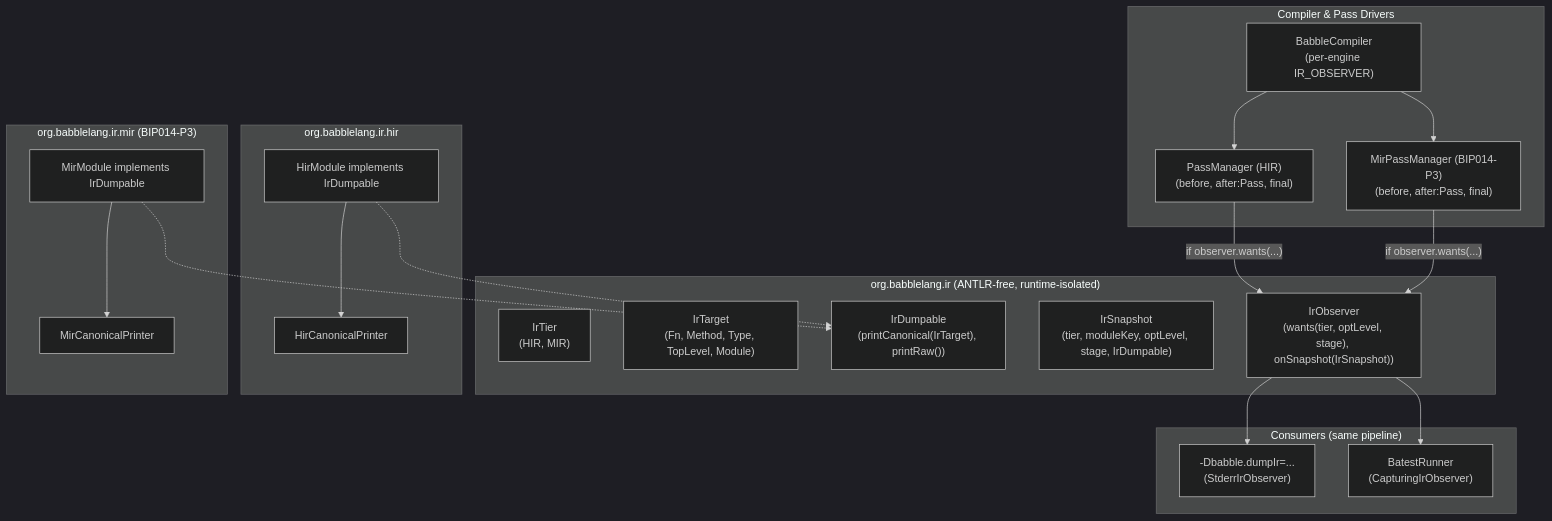
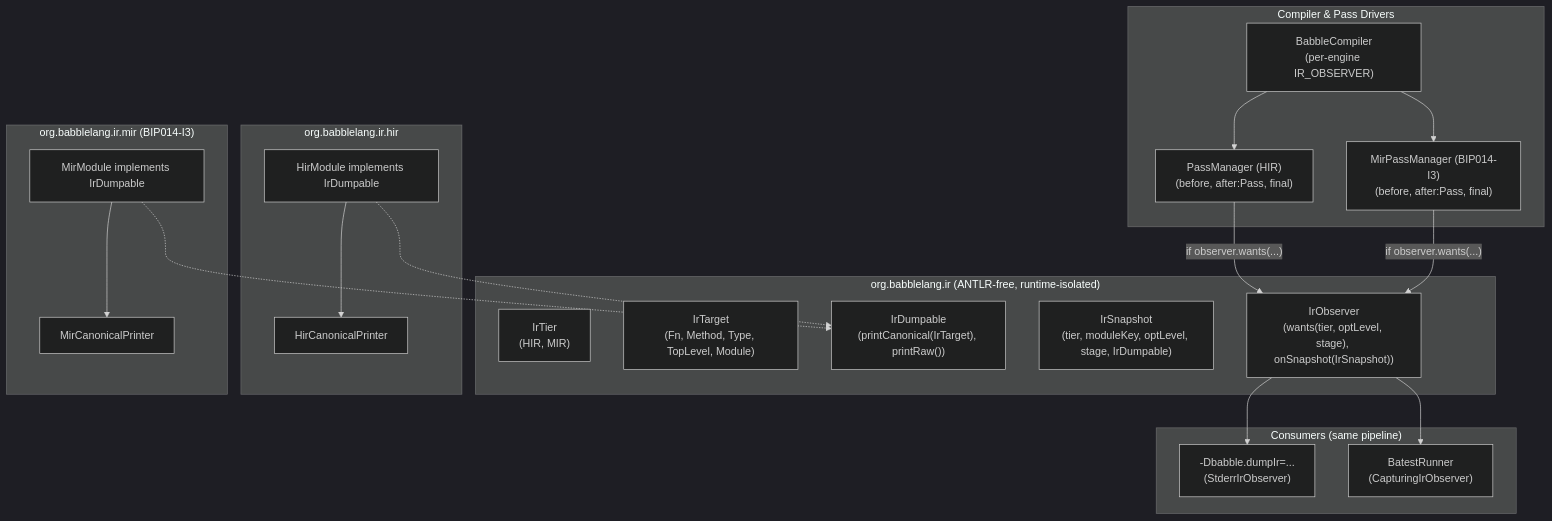
Before and after one commit to nlehuen/babble: the diagram in docs/design/bip029_batest-v2-and-ir-goldens.md, drawn with Mermaid (dark theme). The commit also changed other lines of this file and 44 other files, not shown here.

````diff
--- a/docs/design/bip029_batest-v2-and-ir-goldens.md
+++ b/docs/design/bip029_batest-v2-and-ir-goldens.md
@@ -309,42 +309,42 @@
 ```mermaid
 flowchart TB
     subgraph IR["org.babblelang.ir (ANTLR-free, runtime-isolated)"]
         Tier["IrTier\n(HIR, MIR)"]
         Target["IrTarget\n(Fn, Method, Type, TopLevel, Module)"]
         Dumpable["IrDumpable\n(printCanonical(IrTarget), printRaw())"]
         Snapshot["IrSnapshot\n(tier, moduleKey, optLevel, stage, IrDumpable)"]
         Observer["IrObserver\n(wants(tier, optLevel, stage), onSnapshot(IrSnapshot))"]
     end
 
     subgraph HIR["org.babblelang.ir.hir"]
         HirMod["HirModule implements IrDumpable"]
         HirCan["HirCanonicalPrinter"]
         HirMod --> HirCan
     end
 
-    subgraph MIR["org.babblelang.ir.mir (BIP014-P3)"]
+    subgraph MIR["org.babblelang.ir.mir (BIP014-I3)"]
         MirMod["MirModule implements IrDumpable"]
         MirCan["MirCanonicalPrinter"]
         MirMod --> MirCan
     end
 
     subgraph Drivers["Compiler & Pass Drivers"]
         Comp["BabbleCompiler\n(per-engine IR_OBSERVER)"]
         HirPM["PassManager (HIR)\n(before, after:Pass, final)"]
-        MirPM["MirPassManager (BIP014-P3)\n(before, after:Pass, final)"]
+        MirPM["MirPassManager (BIP014-I3)\n(before, after:Pass, final)"]
         Comp --> HirPM
         Comp --> MirPM
     end
 
     subgraph Consumers["Consumers (same pipeline)"]
         CLI["-Dbabble.dumpIr=...\n(StderrIrObserver)"]
         Batest["BatestRunner\n(CapturingIrObserver)"]
     end
 
     HirPM -->|"if observer.wants(...)"| Observer
     MirPM -->|"if observer.wants(...)"| Observer
     Observer --> CLI
     Observer --> Batest
     HirMod -.-> Dumpable
     MirMod -.-> Dumpable
 ```
````
